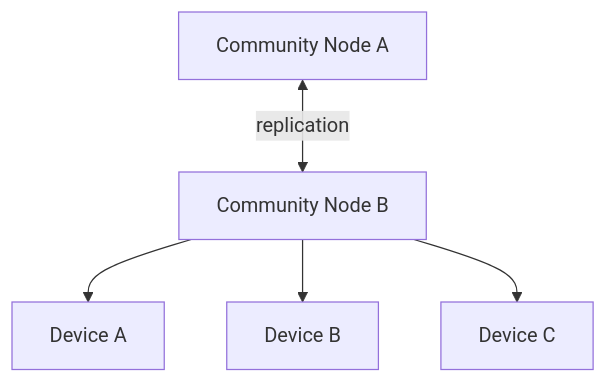
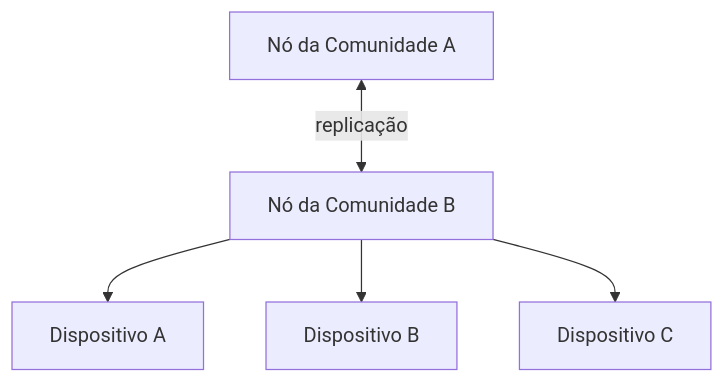
The fifth of 21 diagrams in docs/architecture.md (hugobessa/vamo-virar), drawn with Mermaid before and after one commit. The commit also changed other lines of this file and 30 other files, not shown here.

````diff
--- a/docs/architecture.md
+++ b/docs/architecture.md
@@ -137,7 +137,7 @@
 ```mermaid
 flowchart TD
-    A[Community Node A] <-->|replication| B[Community Node B]
-    B --> C[Device A]
-    B --> D[Device B]
-    B --> E[Device C]
+    A[Nó da Comunidade A] <-->|replicação| B[Nó da Comunidade B]
+    B --> C[Dispositivo A]
+    B --> D[Dispositivo B]
+    B --> E[Dispositivo C]
 ```
````
